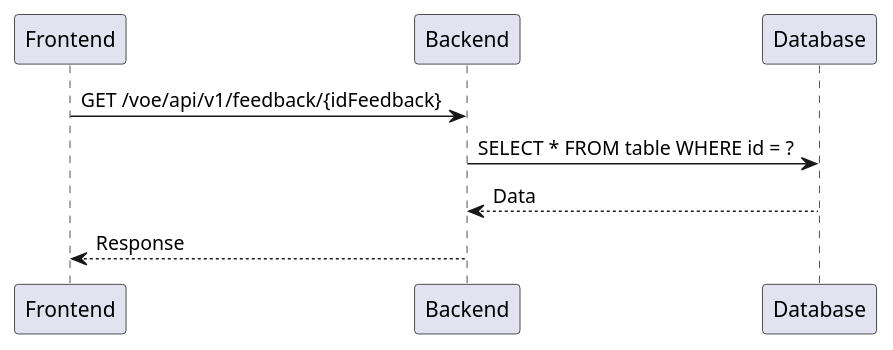
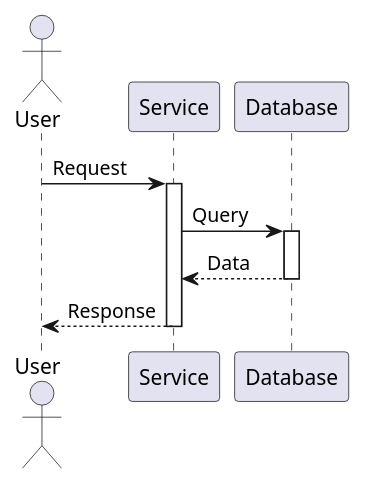
One commit to walloris/hrp-ai-utils changed the ninth of 31 diagrams in gigacode/system-analyst/skills/plantuml-writer/references/conventions.md. Above: the diagram before and after it, drawn with PlantUML. The commit also changed other lines of this file and 15 other files, not shown here.

````diff
--- a/gigacode/system-analyst/skills/plantuml-writer/references/conventions.md
+++ b/gigacode/system-analyst/skills/plantuml-writer/references/conventions.md
@@ -55,6 +110,13 @@
 ```puml
-Frontend -> Backend: GET /voe/api/v1/feedback/{idFeedback}
-Backend -> Database: SELECT * FROM table WHERE id = ?
-Database --> Backend: Data
-Backend --> Frontend: Response
+actor User
+participant Service
+
+User -> Service: Request
+activate Service
+Service -> Database: Query
+activate Database
+Database --> Service: Data
+deactivate Database
+Service --> User: Response
+deactivate Service
 ```
````
